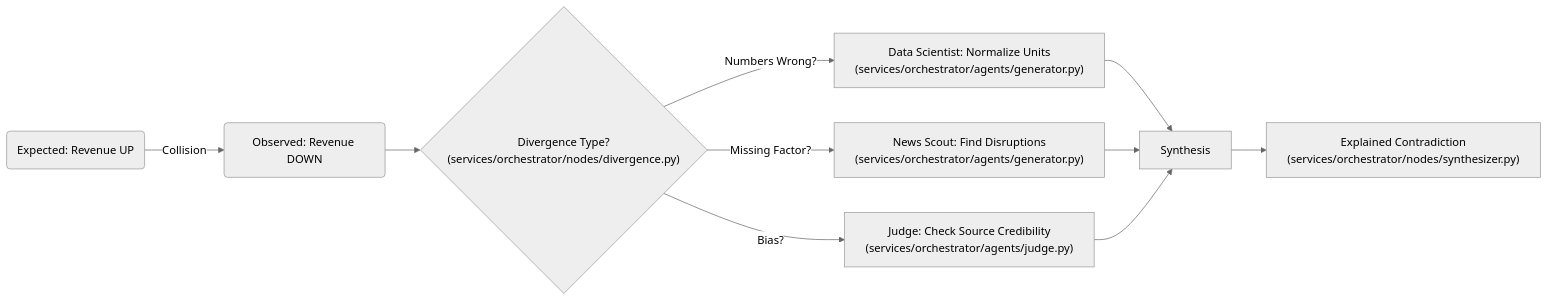
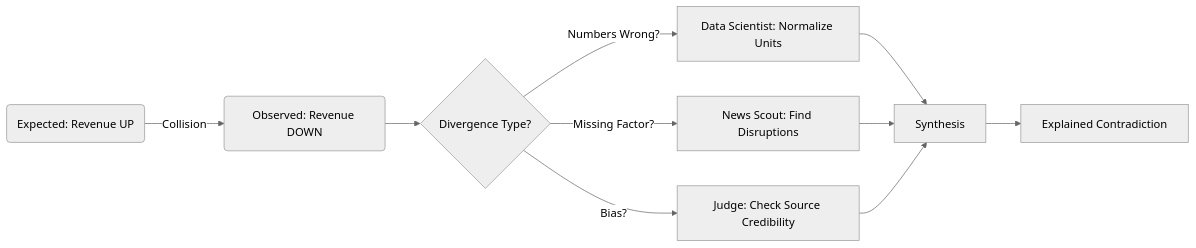
One commit to azzindani/Kea changed the fifth of 5 diagrams in README.md. Above: the diagram before and after it, drawn with Mermaid (neutral theme). The commit also changed other lines of this file and 5 other files, not shown here.

````diff
--- a/README.md
+++ b/README.md
@@ -569,14 +511,14 @@
 ```mermaid
 graph LR
     Hypothesis(Expected: Revenue UP) --Collision--> Reality(Observed: Revenue DOWN)
-    Reality --> Trigger{"Divergence Type?<br/>(services/orchestrator/nodes/divergence.py)"}
+    Reality --> Trigger{"Divergence Type?"}
     
-    Trigger --"Numbers Wrong?"--> AgentA["Data Scientist: Normalize Units<br/>(services/orchestrator/agents/generator.py)"]
-    Trigger --"Missing Factor?"--> AgentB["News Scout: Find Disruptions<br/>(services/orchestrator/agents/generator.py)"]
-    Trigger --"Bias?"--> AgentC["Judge: Check Source Credibility<br/>(services/orchestrator/agents/judge.py)"]
+    Trigger --"Numbers Wrong?"--> AgentA["Data Scientist: Normalize Units"]
+    Trigger --"Missing Factor?"--> AgentB["News Scout: Find Disruptions"]
+    Trigger --"Bias?"--> AgentC["Judge: Check Source Credibility"]
     
     AgentA --> Synthesis
     AgentB --> Synthesis
     AgentC --> Synthesis
-    Synthesis --> FinalReport["Explained Contradiction<br/>(services/orchestrator/nodes/synthesizer.py)"]
+    Synthesis --> FinalReport["Explained Contradiction"]
 ```
````
